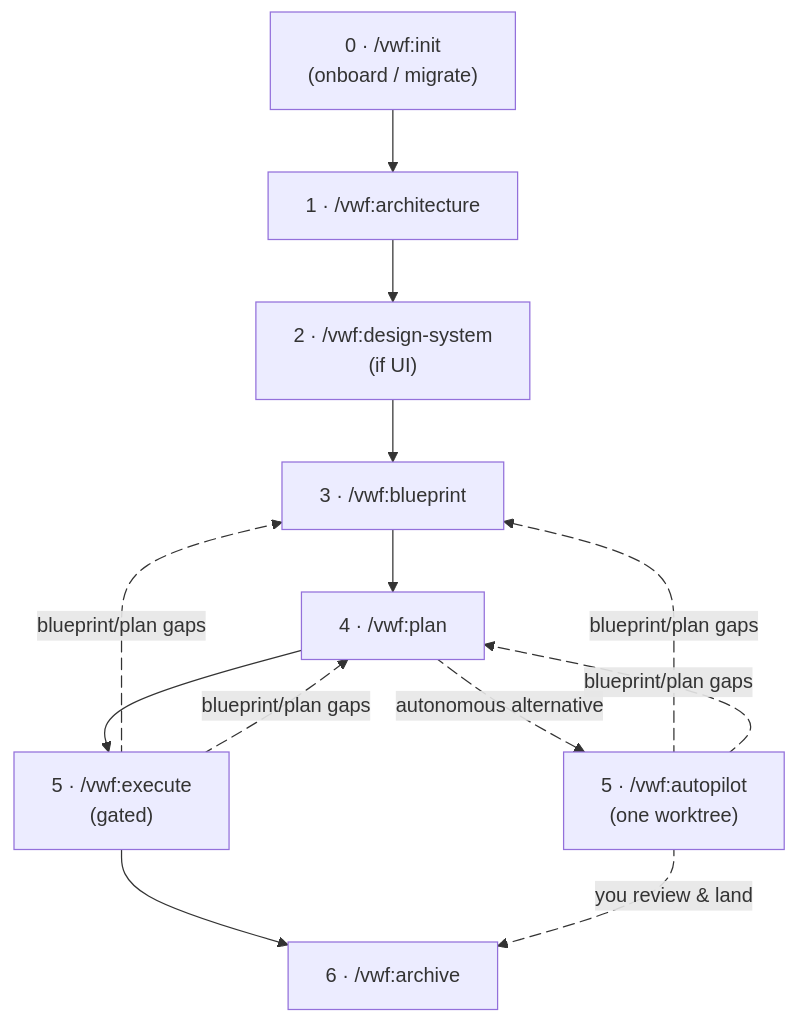
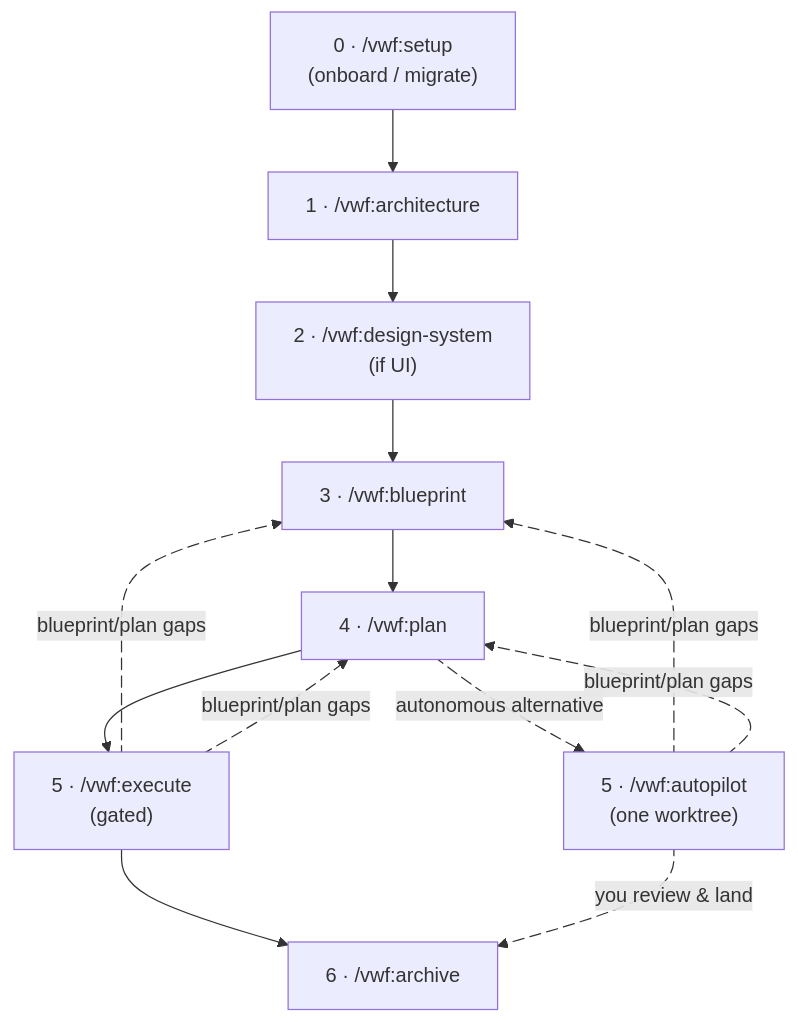
Before and after one commit to virajp/ai-plugins: the first of 2 diagrams in readme.md, drawn with Mermaid. The commit also changed other lines of this file and 22 other files, not shown here.

Commit message:
refactor(vwf): rename init command to setup, project-init skill to project-setup

````diff
--- a/readme.md
+++ b/readme.md
@@ -120,21 +120,21 @@
 ```mermaid
 flowchart TD
-    Z["0 · /vwf:init<br/>(onboard / migrate)"] --> A["1 · /vwf:architecture"]
+    Z["0 · /vwf:setup<br/>(onboard / migrate)"] --> A["1 · /vwf:architecture"]
     A --> DS["2 · /vwf:design-system<br/>(if UI)"]
     DS --> B["3 · /vwf:blueprint"]
     B --> C["4 · /vwf:plan"]
     C --> D["5 · /vwf:execute<br/>(gated)"]
     C e1@-. "autonomous alternative" .-> F["5 · /vwf:autopilot<br/>(one worktree)"]
     D --> E["6 · /vwf:archive"]
     F e2@-. "you review & land" .-> E
     D e3@-. "blueprint/plan gaps" .-> B
     D e4@-. "blueprint/plan gaps" .-> C
     F e5@-. "blueprint/plan gaps" .-> B
     F e6@-. "blueprint/plan gaps" .-> C
     e1@{ animate: true }
     e2@{ animate: true }
     e3@{ animate: true }
     e4@{ animate: true }
     e5@{ animate: true }
     e6@{ animate: true }
 ```
````
